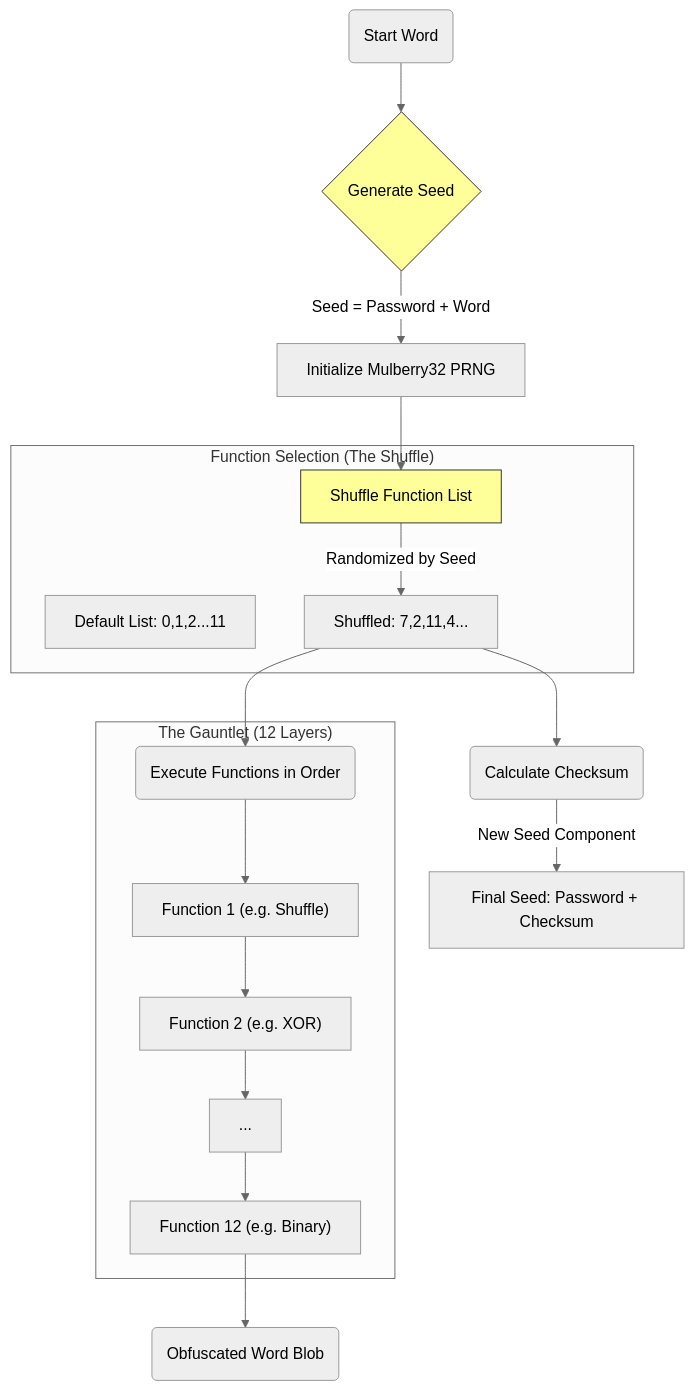
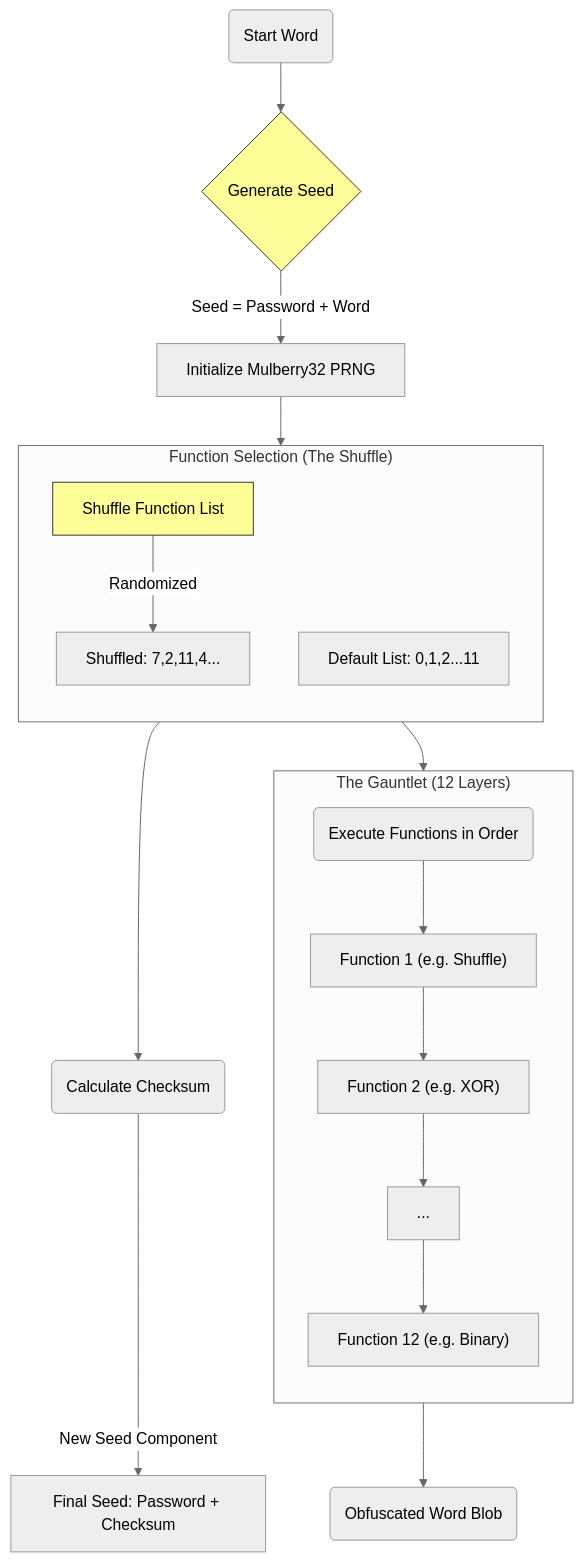
Before and after one commit to Kryklin/darkstar: the second of 6 diagrams in DARKSTAR_ARCHITECTURE.md, drawn with Mermaid (neutral theme). The commit also changed other lines of this file, not shown here.

````diff
--- a/DARKSTAR_ARCHITECTURE.md
+++ b/DARKSTAR_ARCHITECTURE.md
@@ -54,29 +57,34 @@
 ```mermaid
 flowchart TD
     Start(Start Word) --> SeedGen{Generate Seed}
     SeedGen -->|Seed = Password + Word| PRNG[Initialize Mulberry32 PRNG]
     
     PRNG --> Shuffle[Shuffle Function List]
     
     subgraph "Function Selection (The Shuffle)"
+        direction TB
         List[Default List: 0,1,2...11]
-        Shuffle -->|Randomized by Seed| NewList[Shuffled: 7,2,11,4...]
+        Shuffle -->|Randomized| NewList[Shuffled: 7,2,11,4...]
     end
     
     NewList --> Checksum(Calculate Checksum)
     Checksum -->|New Seed Component| CombinedSeed[Final Seed: Password + Checksum]
     
     NewList --> Loop(Execute Functions in Order)
     
     subgraph "The Gauntlet (12 Layers)"
+        direction TB
         Loop --> F1["Function 1 (e.g. Shuffle)"]
         F1 --> F2["Function 2 (e.g. XOR)"]
         F2 --> F...["..."]
         F... --> F12["Function 12 (e.g. Binary)"]
     end
     
     F12 --> Result(Obfuscated Word Blob)
     
     style SeedGen fill:#ff9,stroke:#333
     style Shuffle fill:#ff9,stroke:#333
+
+    %% Spacing adjustments
+    classDef spaced padding:20px;
 ```
````
